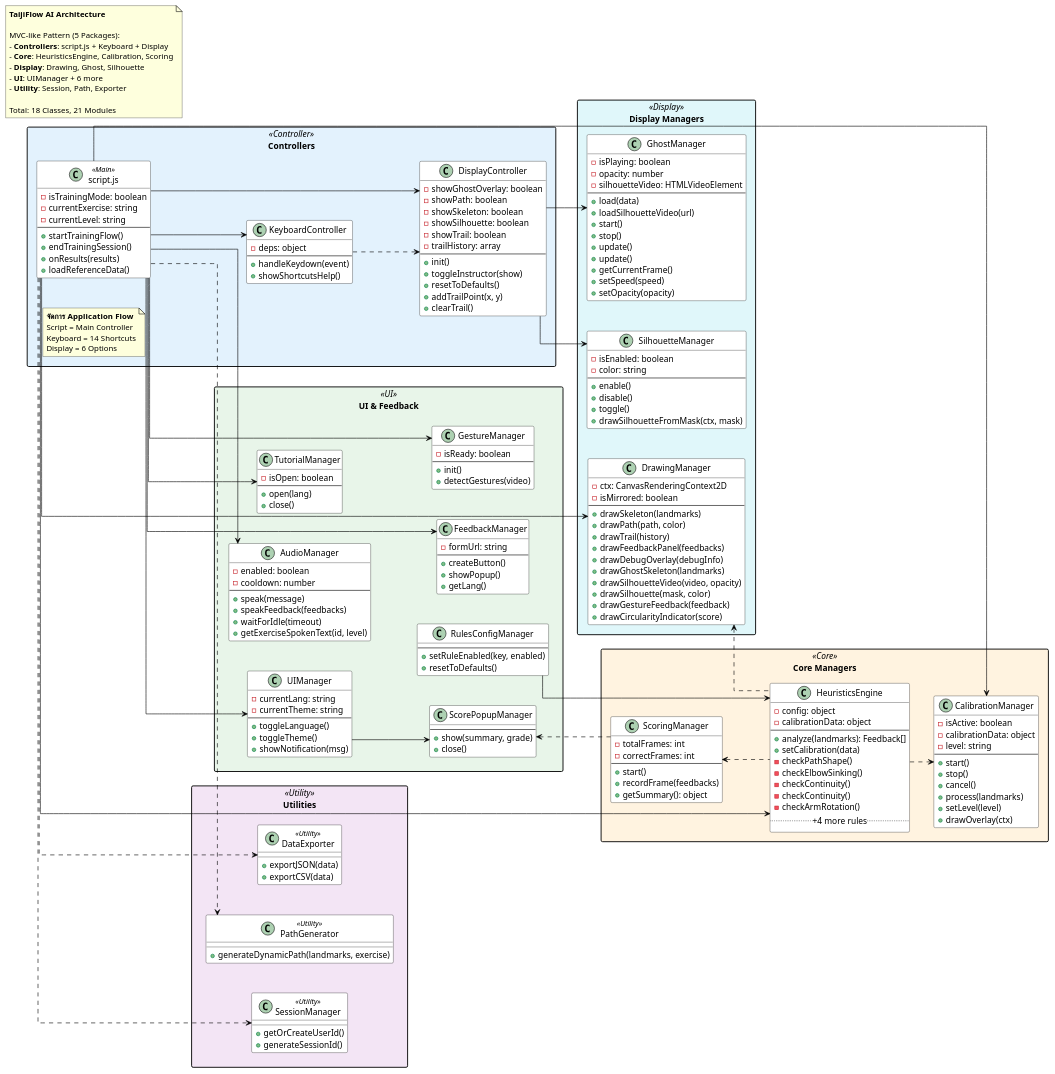
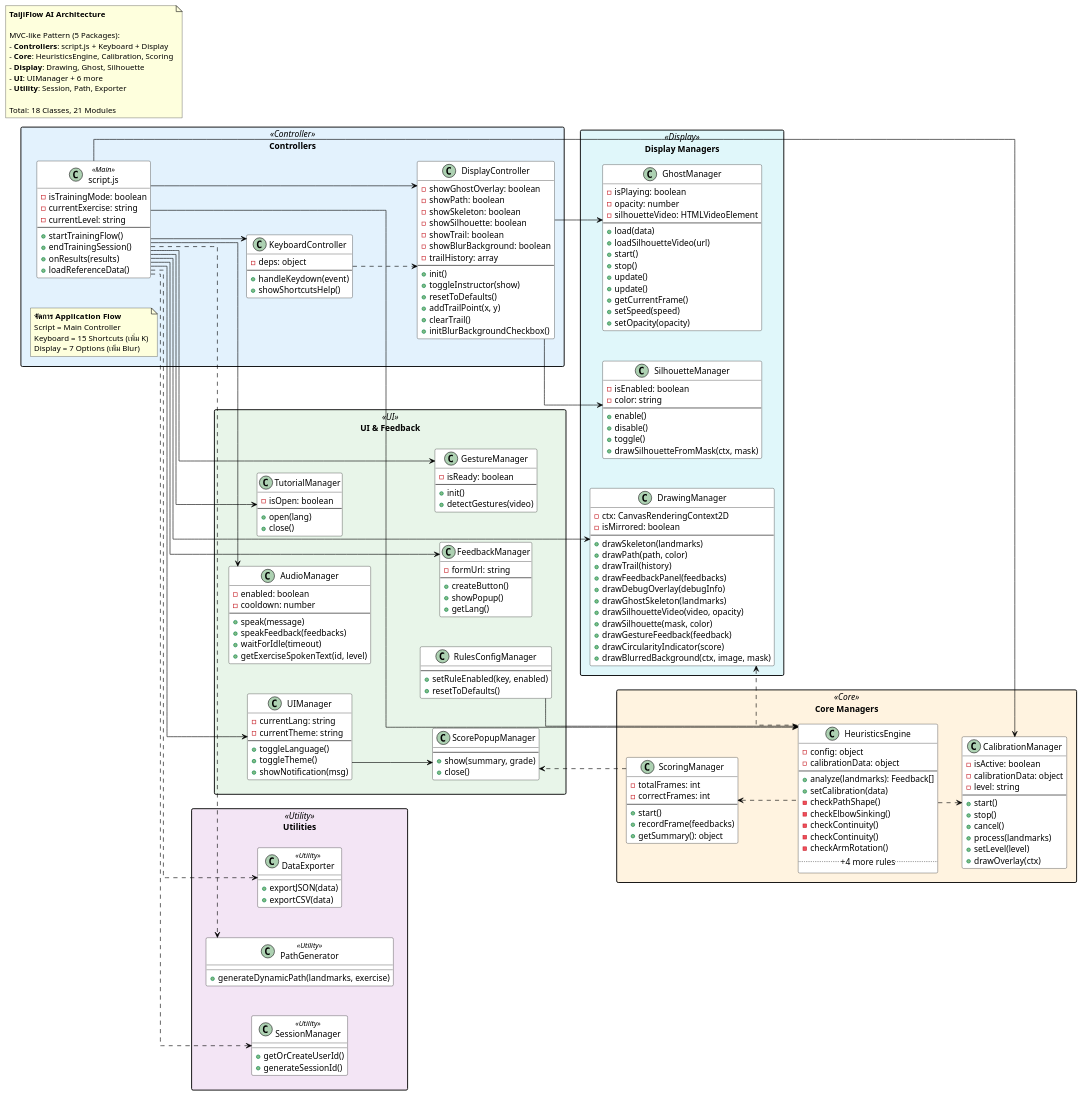
One commit to vyut/TaijiFlow changed the diagram in docs/diagrams/ClassDiagram.wsd. Above: the diagram before and after it, drawn with PlantUML. The commit also changed 13 other files, not shown here.

Commit message:
Add background blur to display option

```diff
--- a/docs/diagrams/ClassDiagram.wsd
+++ b/docs/diagrams/ClassDiagram.wsd
@@ -57,6 +57,7 @@
         - showSkeleton: boolean
         - showSilhouette: boolean
         - showTrail: boolean
+        - showBlurBackground: boolean
         - trailHistory: array
         --
         + init()
@@ -64,13 +65,14 @@
         + resetToDefaults()
         + addTrailPoint(x, y)
         + clearTrail()
+        + initBlurBackgroundCheckbox()
     }
     
     note as NC
         **จัดการ Application Flow**
         Script = Main Controller
-        Keyboard = 14 Shortcuts
-        Display = 6 Options
+        Keyboard = 15 Shortcuts (เพิ่ม K)
+        Display = 7 Options (เพิ่ม Blur)
     end note
 }
 
@@ -135,6 +137,7 @@
         + drawSilhouette(mask, color)
         + drawGestureFeedback(feedback)
         + drawCircularityIndicator(score)
+        + drawBlurredBackground(ctx, image, mask)
     }
     
     class GhostManager {
```
